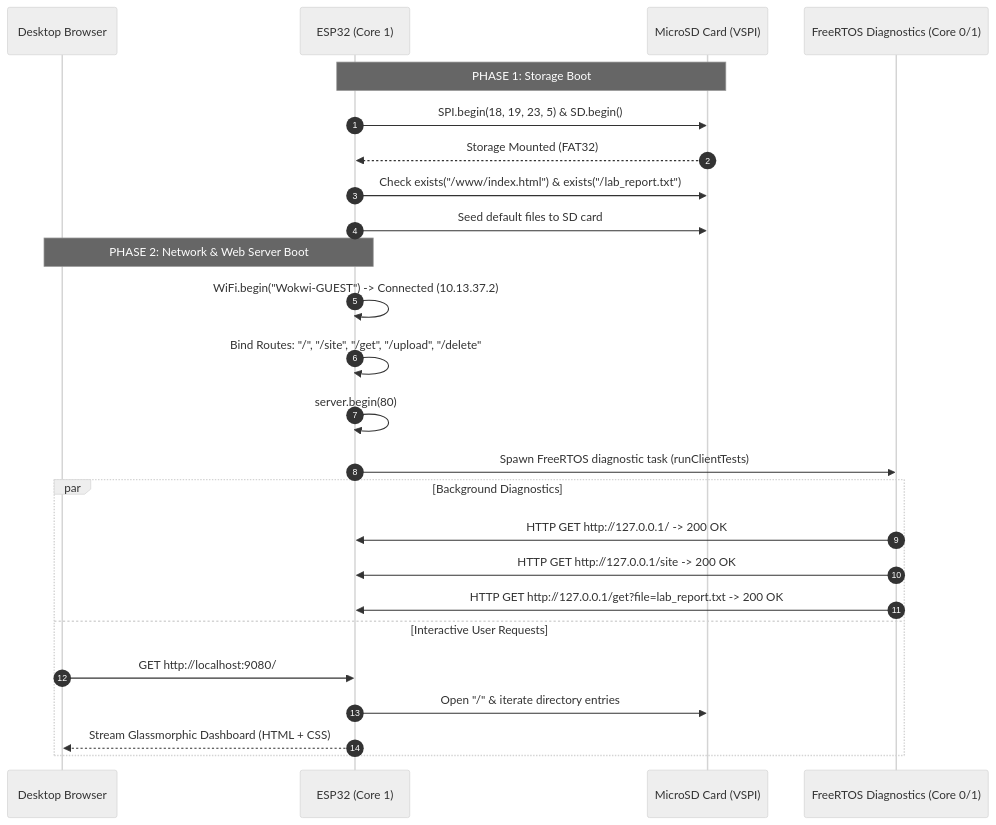
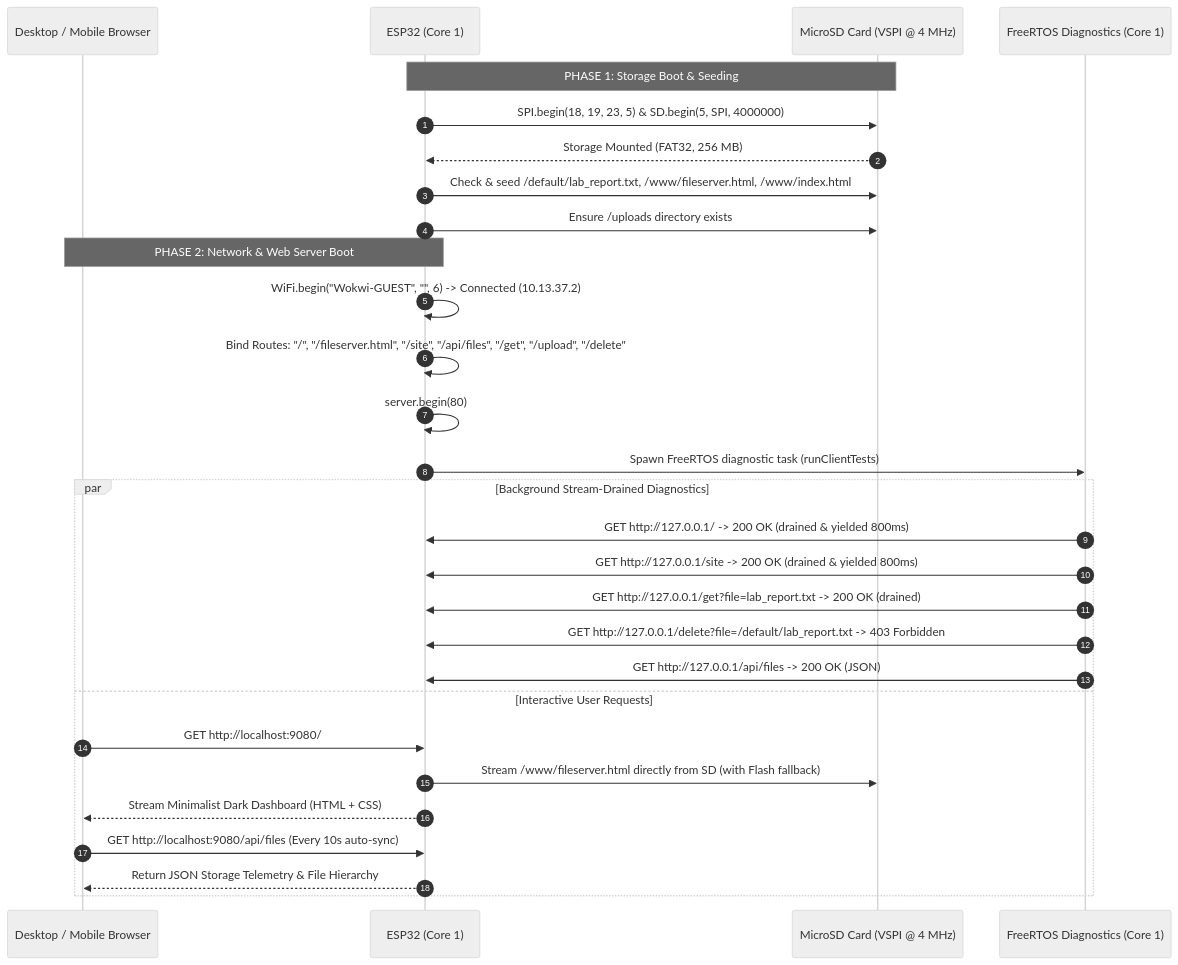
Before and after one commit to b1tranger/Microprocessor_Assembly_Lab: the third of 3 diagrams in Project.MM/PRESENTATION_GUIDE.md, drawn with Mermaid (neutral theme). The commit also changed other lines of this file and 16 other files, not shown here.

````diff
--- a/Project.MM/PRESENTATION_GUIDE.md
+++ b/Project.MM/PRESENTATION_GUIDE.md
@@ -267,30 +307,34 @@
 ```mermaid
 sequenceDiagram
     autonumber
-    participant Host as Desktop Browser
+    participant Host as Desktop / Mobile Browser
     participant CPU as ESP32 (Core 1)
-    participant SD as MicroSD Card (VSPI)
-    participant RTOS as FreeRTOS Diagnostics (Core 0/1)
+    participant SD as MicroSD Card (VSPI @ 4 MHz)
+    participant RTOS as FreeRTOS Diagnostics (Core 1)
 
-    Note over CPU, SD: PHASE 1: Storage Boot
-    CPU->>SD: SPI.begin(18, 19, 23, 5) & SD.begin()
-    SD-->>CPU: Storage Mounted (FAT32)
-    CPU->>SD: Check exists("/www/index.html") & exists("/lab_report.txt")
-    CPU->>SD: Seed default files to SD card
+    Note over CPU, SD: PHASE 1: Storage Boot & Seeding
+    CPU->>SD: SPI.begin(18, 19, 23, 5) & SD.begin(5, SPI, 4000000)
+    SD-->>CPU: Storage Mounted (FAT32, 256 MB)
+    CPU->>SD: Check & seed /default/lab_report.txt, /www/fileserver.html, /www/index.html
+    CPU->>SD: Ensure /uploads directory exists
 
     Note over CPU, Host: PHASE 2: Network & Web Server Boot
-    CPU->>CPU: WiFi.begin("Wokwi-GUEST") -> Connected (10.13.37.2)
-    CPU->>CPU: Bind Routes: "/", "/site", "/get", "/upload", "/delete"
+    CPU->>CPU: WiFi.begin("Wokwi-GUEST", "", 6) -> Connected (10.13.37.2)
+    CPU->>CPU: Bind Routes: "/", "/fileserver.html", "/site", "/api/files", "/get", "/upload", "/delete"
     CPU->>CPU: server.begin(80)
     CPU->>RTOS: Spawn FreeRTOS diagnostic task (runClientTests)
 
-    par Background Diagnostics
-        RTOS->>CPU: HTTP GET http://127.0.0.1/ -> 200 OK
-        RTOS->>CPU: HTTP GET http://127.0.0.1/site -> 200 OK
-        RTOS->>CPU: HTTP GET http://127.0.0.1/get?file=lab_report.txt -> 200 OK
+    par Background Stream-Drained Diagnostics
+        RTOS->>CPU: GET http://127.0.0.1/ -> 200 OK (drained & yielded 800ms)
+        RTOS->>CPU: GET http://127.0.0.1/site -> 200 OK (drained & yielded 800ms)
+        RTOS->>CPU: GET http://127.0.0.1/get?file=lab_report.txt -> 200 OK (drained)
+        RTOS->>CPU: GET http://127.0.0.1/delete?file=/default/lab_report.txt -> 403 Forbidden
+        RTOS->>CPU: GET http://127.0.0.1/api/files -> 200 OK (JSON)
     and Interactive User Requests
         Host->>CPU: GET http://localhost:9080/
-        CPU->>SD: Open "/" & iterate directory entries
-        CPU-->>Host: Stream Glassmorphic Dashboard (HTML + CSS)
+        CPU->>SD: Stream /www/fileserver.html directly from SD (with Flash fallback)
+        CPU-->>Host: Stream Minimalist Dark Dashboard (HTML + CSS)
+        Host->>CPU: GET http://localhost:9080/api/files (Every 10s auto-sync)
+        CPU-->>Host: Return JSON Storage Telemetry & File Hierarchy
     end
 ```
````
